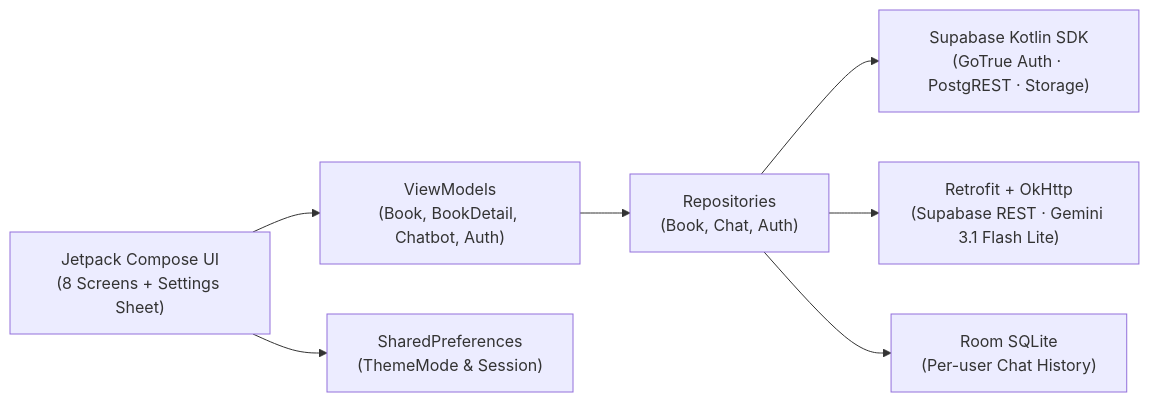
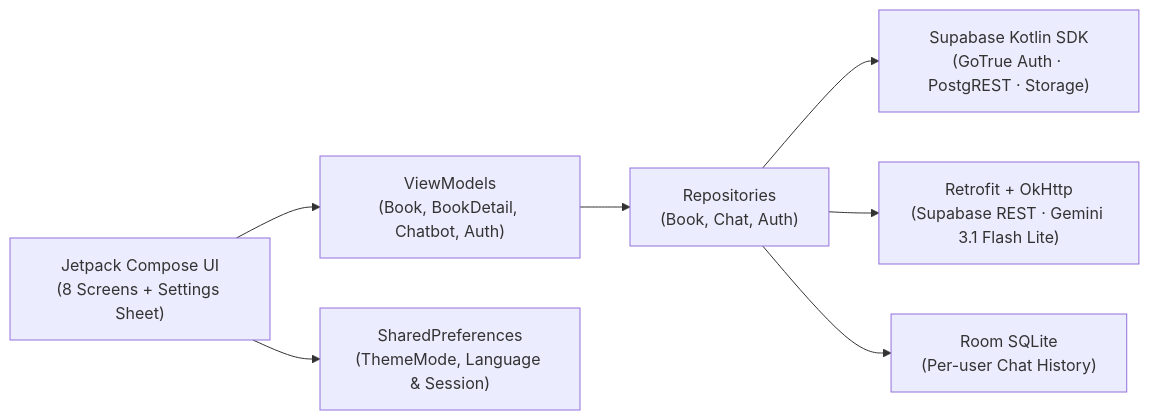
One commit to Zaacodez/BukuKita changed the diagram in README.md. Above: the diagram before and after it, drawn with Mermaid. The commit also changed other lines of this file and 19 other files, not shown here.

````diff
--- a/README.md
+++ b/README.md
@@ -104,9 +108,9 @@
 ```mermaid
 flowchart LR
     UI["Jetpack Compose UI\n(8 Screens + Settings Sheet)"] --> VM["ViewModels\n(Book, BookDetail, Chatbot, Auth)"]
     VM --> Repo["Repositories\n(Book, Chat, Auth)"]
     Repo --> SupaSDK["Supabase Kotlin SDK\n(GoTrue Auth · PostgREST · Storage)"]
     Repo --> Retrofit["Retrofit + OkHttp\n(Supabase REST · Gemini 3.1 Flash Lite)"]
     Repo --> Room["Room SQLite\n(Per-user Chat History)"]
-    UI --> Prefs["SharedPreferences\n(ThemeMode & Session)"]
+    UI --> Prefs["SharedPreferences\n(ThemeMode, Language & Session)"]
 ```
````
